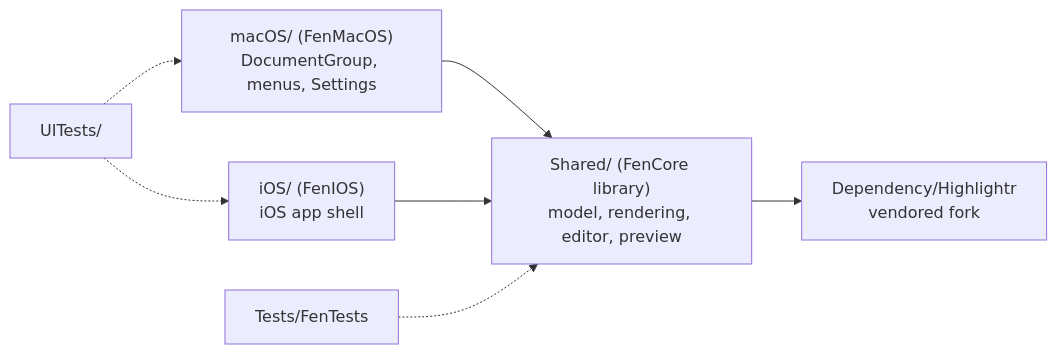
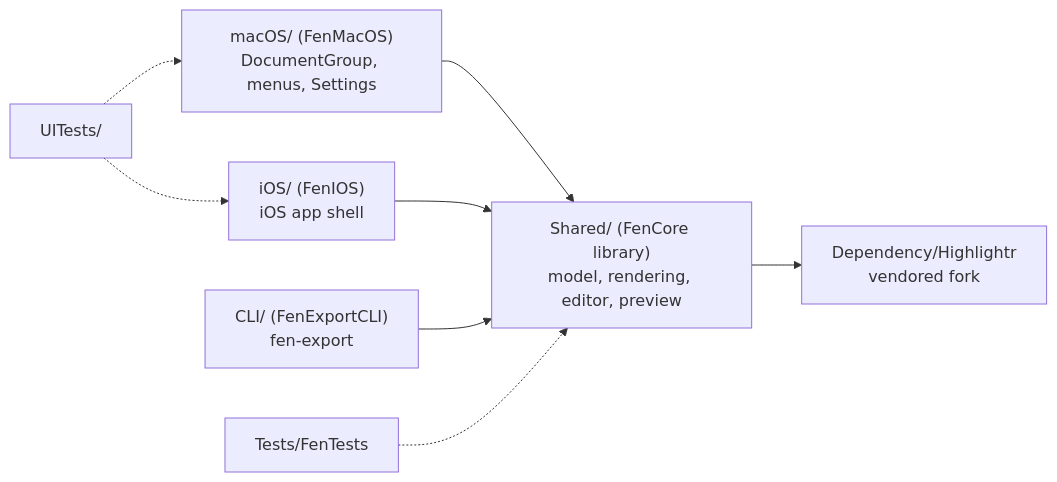
Before and after one commit to zoharbabin/fen: the first of 8 diagrams in docs/ARCHITECTURE.md, drawn with Mermaid. The commit also changed other lines of this file and 28 other files, not shown here.

````diff
--- a/docs/ARCHITECTURE.md
+++ b/docs/ARCHITECTURE.md
@@ -9,9 +12,10 @@
 ```mermaid
 graph LR
     macOS["macOS/ (FenMacOS)<br/>DocumentGroup, menus, Settings"] --> Shared
     iOS["iOS/ (FenIOS)<br/>iOS app shell"] --> Shared
+    CLI["CLI/ (FenExportCLI)<br/>fen-export"] --> Shared
     Shared["Shared/ (FenCore library)<br/>model, rendering, editor, preview"] --> Highlightr["Dependency/Highlightr<br/>vendored fork"]
     Tests["Tests/FenTests"] -.-> Shared
     UITests["UITests/"] -.-> macOS
     UITests -.-> iOS
 ```
````
